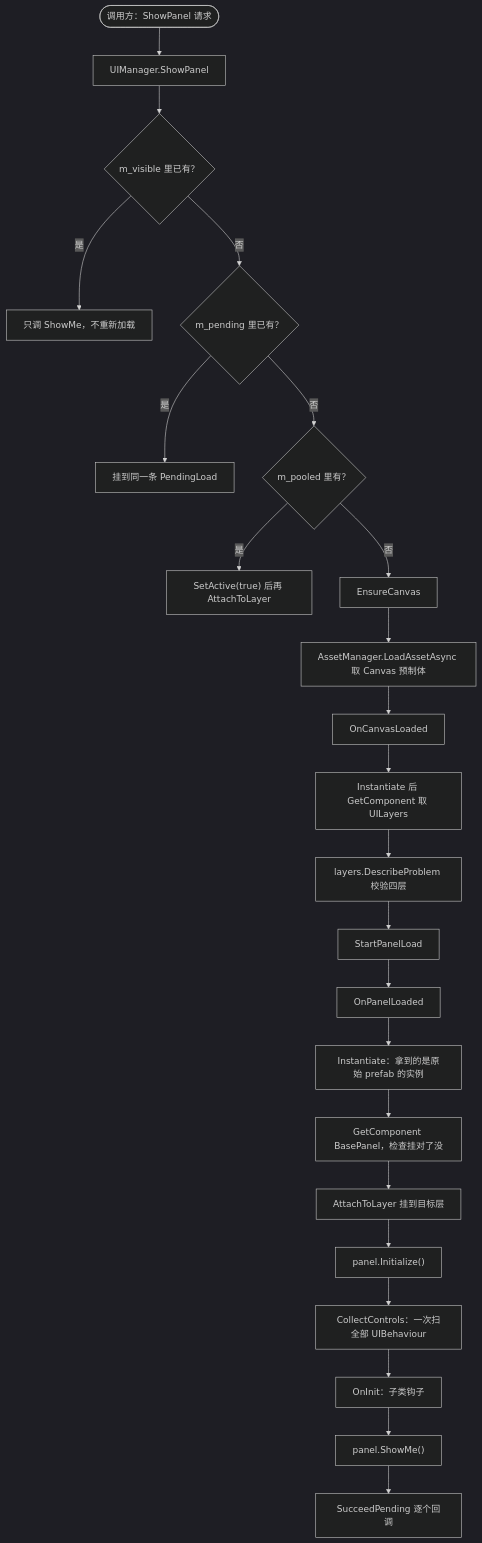
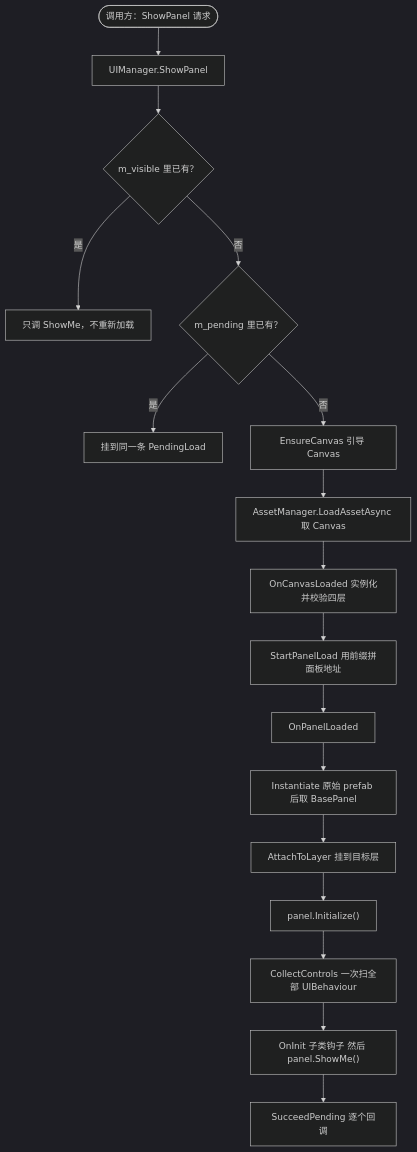
The second of 3 diagrams in Docs/教学/A9-UI框架.md (FridayNoob/NBC-3D-Networked-Battle), drawn with Mermaid (dark theme) before and after one commit. The commit also changed other lines of this file and 3 other files, not shown here.

First line of the commit message:
docs(教学): A9/B2-B3/C2/C4 配图定稿 —— 精简类图成员 + 措辞修订（结构不变：类图 + 数据流图 + 易错表）

````diff
--- a/Docs/教学/A9-UI框架.md
+++ b/Docs/教学/A9-UI框架.md
@@ -1061,25 +995,19 @@
 ```mermaid
 flowchart TD
     S(["调用方：ShowPanel 请求"]) --> A["UIManager.ShowPanel"]
     A --> B{"m_visible 里已有？"}
     B -- 是 --> B1["只调 ShowMe，不重新加载"]
     B -- 否 --> C{"m_pending 里已有？"}
     C -- 是 --> C1["挂到同一条 PendingLoad"]
-    C -- 否 --> D{"m_pooled 里有？"}
-    D -- 是 --> D1["SetActive(true) 后再 AttachToLayer"]
-    D -- 否 --> E["EnsureCanvas"]
-    E --> F["AssetManager.LoadAssetAsync 取 Canvas 预制体"]
-    F --> G["OnCanvasLoaded"]
-    G --> H["Instantiate 后 GetComponent 取 UILayers"]
-    H --> I["layers.DescribeProblem 校验四层"]
-    I --> J["StartPanelLoad"]
-    J --> K["OnPanelLoaded"]
-    K --> L["Instantiate：拿到的是原始 prefab 的实例"]
-    L --> M["GetComponent BasePanel，检查挂对了没"]
-    M --> N["AttachToLayer 挂到目标层"]
-    N --> O["panel.Initialize()"]
-    O --> P["CollectControls：一次扫全部 UIBehaviour"]
-    P --> Q["OnInit：子类钩子"]
-    Q --> R["panel.ShowMe()"]
-    R --> T["SucceedPending 逐个回调"]
+    C -- 否 --> E["EnsureCanvas 引导 Canvas"]
+    E --> F["AssetManager.LoadAssetAsync 取 Canvas"]
+    F --> G["OnCanvasLoaded 实例化并校验四层"]
+    G --> H["StartPanelLoad 用前缀拼面板地址"]
+    H --> I["OnPanelLoaded"]
+    I --> J["Instantiate 原始 prefab 后取 BasePanel"]
+    J --> K["AttachToLayer 挂到目标层"]
+    K --> L["panel.Initialize()"]
+    L --> M["CollectControls 一次扫全部 UIBehaviour"]
+    M --> N["OnInit 子类钩子 然后 panel.ShowMe()"]
+    N --> P["SucceedPending 逐个回调"]
 ```
````
